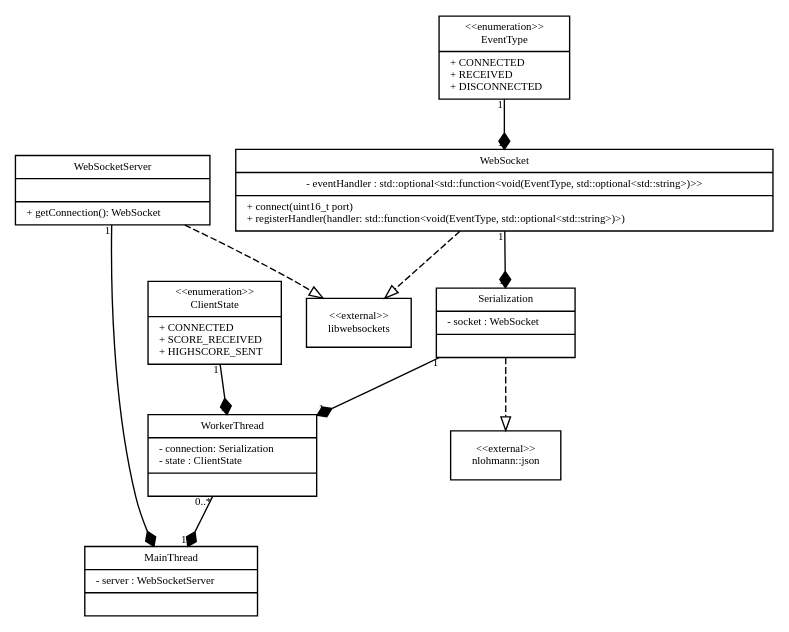
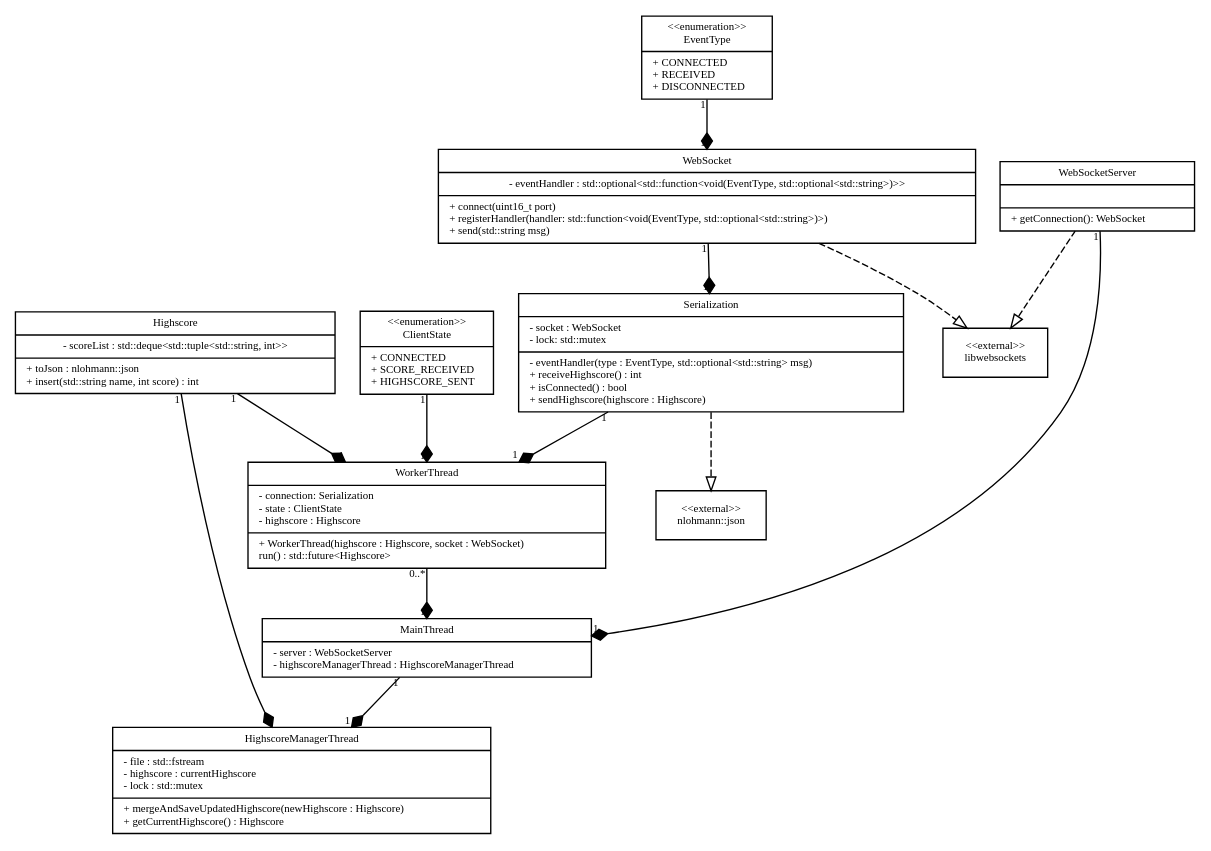
One commit to aul12/SoPra changed the diagram in Blatt04/klassendiagrammHighscoreServer.dot. Above: the diagram before and after it, drawn with Graphviz.

Commit message:
Added a highscore persistency layer (should be thread safe)

```diff
--- a/Blatt04/klassendiagrammHighscoreServer.dot
+++ b/Blatt04/klassendiagrammHighscoreServer.dot
@@ -1,100 +1,126 @@
 digraph G {
     fontname = "Bitstream Vera Sans"
     fontsize = 8
 
     node [
         fontname = "Bitstream Vera Sans"
         fontsize = 8
         shape = "record"
     ]
 
     edge [
         fontname = "Bitstream Vera Sans"
         fontsize = 8
     ]
 
     MainThread [
-        label = "{MainThread|- server : WebSocketServer\l|}"
+        label = "{MainThread|- server : WebSocketServer\l- highscoreManagerThread : HighscoreManagerThread\l}"
     ]
 
     WorkerThread [
-        label = "{WorkerThread|- connection: Serialization\l- state : ClientState\l|}"
+        label = "{WorkerThread|- connection: Serialization\l- state : ClientState\l- highscore : Highscore\l|+ WorkerThread(highscore : Highscore, socket : WebSocket)\l run() : std::future\<Highscore\>\l}"
     ]
 
     ClientState [
         label = "{\<\<enumeration\>\>\nClientState|+ CONNECTED\l+ SCORE_RECEIVED\l+ HIGHSCORE_SENT\l}"
     ]
 
     WebSocketServer [
         label = "{WebSocketServer||+ getConnection(): WebSocket\l}"
     ]
 
     WebSocket [
-        label = "{WebSocket|- eventHandler : std::optional\<std::function\<void(EventType, std::optional\<std::string\>)\>\>|+ connect(uint16_t port)\l+ registerHandler(handler: std::function\<void(EventType, std::optional\<std::string\>)\>)\l}"
+        label = "{WebSocket|- eventHandler : std::optional\<std::function\<void(EventType, std::optional\<std::string\>)\>\>|+ connect(uint16_t port)\l+ registerHandler(handler: std::function\<void(EventType, std::optional\<std::string\>)\>)\l+ send(std::string msg)\l}"
     ]
 
     EventType [
         label = "{\<\<enumeration\>\>\nEventType|+ CONNECTED\l+ RECEIVED\l+ DISCONNECTED\l}"
     ]
 
     Serialization [
-        label = "{Serialization|- socket : WebSocket\l|}" 
+        label = "{Serialization|- socket : WebSocket\l- lock: std::mutex\l|- eventHandler(type : EventType, std::optional\<std::string\> msg)\l+ receiveHighscore() : int\l+ isConnected() : bool\l+ sendHighscore(highscore : Highscore)\l}" 
     ]
 
     LibWebSockets [
         label = "{\<\<external\>\>\nlibwebsockets}"
     ]
 
     json [
         label = "{\<\<external\>\>\nnlohmann::json}"
+    ]
+
+    Highscore [
+        label = "{Highscore|- scoreList : std::deque\<std::tuple\<std::string, int\>\>|+ toJson : nlohmann::json\l+ insert(std::string name, int score) : int\l}"
+    ]
+
+    HighscoreManagerThread [
+        label = "{HighscoreManagerThread|- file : std::fstream\l- highscore : currentHighscore\l- lock : std::mutex\l|+ mergeAndSaveUpdatedHighscore(newHighscore : Highscore)\l+ getCurrentHighscore() : Highscore\l}"
     ]
     
     WorkerThread -> MainThread [
         arrowhead = "diamond"
 
         taillabel = "0..*"
         headlabel = "1"
     ]
     WebSocketServer -> MainThread [
         arrowhead = "diamond"
 
         taillabel = "1"
         headlabel = "1"
     ]
     ClientState -> WorkerThread [
         arrowhead = "diamond"
 
         taillabel = "1"
         headlabel = "1"
     ]
     WebSocket -> Serialization [
         arrowhead = "diamond"
 
         taillabel = "1"
         headlabel = "1"
     ]
     EventType -> WebSocket[
         arrowhead = "diamond"
 
         taillabel = "1"
         headlabel = "1"
     ]
     Serialization -> WorkerThread [
         arrowhead = "diamond"
 
         taillabel = "1"
         headlabel = "1"
     ]
+    Highscore -> WorkerThread [
+        arrowhead = "diamond"
+
+        taillabel = "1"
+        headlabel = "1"
+    ]
+    Highscore -> HighscoreManagerThread [
+        arrowhead = "diamond"
+
+        taillabel = "1"
+        headlabel = "1"
+    ]
+    MainThread -> HighscoreManagerThread[
+        arrowhead = "diamond"
+
+        taillabel = "1"
+        headlabel = "1"
+    ]
     WebSocket -> LibWebSockets [
         arrowhead = "onormal"
         style = "dashed"
     ]
     WebSocketServer -> LibWebSockets [
         arrowhead = "onormal"
         style = "dashed"
     ]
     Serialization -> json [
         arrowhead = "onormal"
         style = "dashed"
     ]
 }    
```
